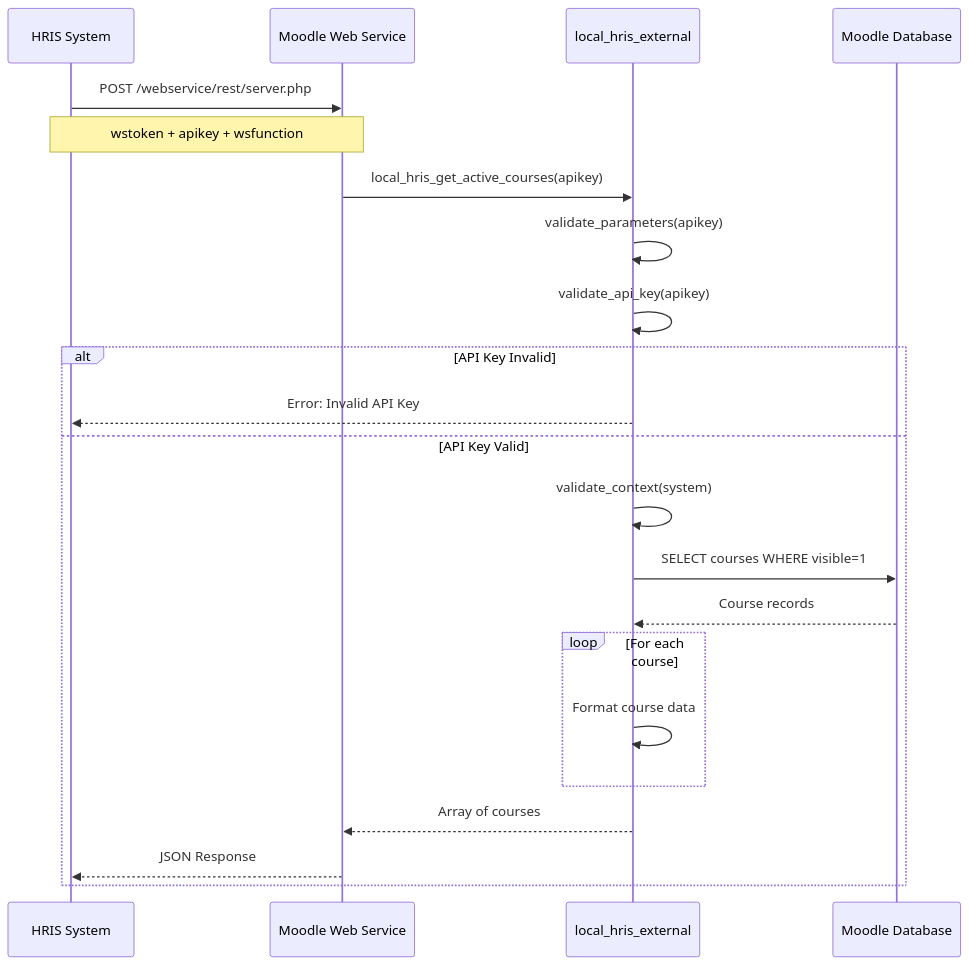
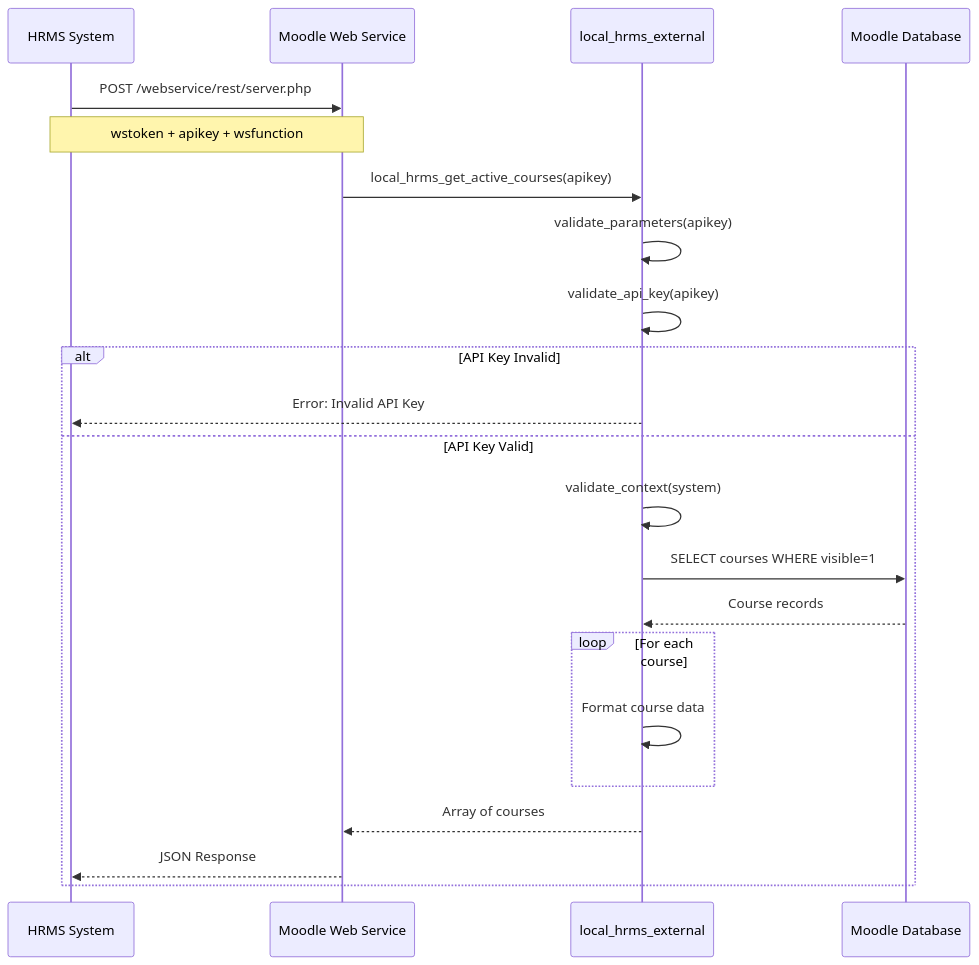
The second of 15 diagrams in DIAGRAMS.md (toosa/moodle-hrms), drawn with Mermaid before and after one commit. The commit also changed other lines of this file and 18 other files, not shown here.

First line of the commit message:
Refactor HRIS Integration to HRMS Integration

````diff
--- a/DIAGRAMS.md
+++ b/DIAGRAMS.md
@@ -65,30 +65,30 @@
 ```mermaid
 sequenceDiagram
-    participant HRIS as HRIS System
+    participant HRMS as HRMS System
     participant WS as Moodle Web Service
-    participant API as local_hris_external
+    participant API as local_hrms_external
     participant DB as Moodle Database
     
-    HRIS->>WS: POST /webservice/rest/server.php
-    Note over HRIS,WS: wstoken + apikey + wsfunction
+    HRMS->>WS: POST /webservice/rest/server.php
+    Note over HRMS,WS: wstoken + apikey + wsfunction
     
-    WS->>API: local_hris_get_active_courses(apikey)
+    WS->>API: local_hrms_get_active_courses(apikey)
     
     API->>API: validate_parameters(apikey)
     API->>API: validate_api_key(apikey)
     
     alt API Key Invalid
-        API-->>HRIS: Error: Invalid API Key
+        API-->>HRMS: Error: Invalid API Key
     else API Key Valid
         API->>API: validate_context(system)
         API->>DB: SELECT courses WHERE visible=1
         DB-->>API: Course records
         
         loop For each course
             API->>API: Format course data
         end
         
         API-->>WS: Array of courses
-        WS-->>HRIS: JSON Response
+        WS-->>HRMS: JSON Response
     end
 ```
````
